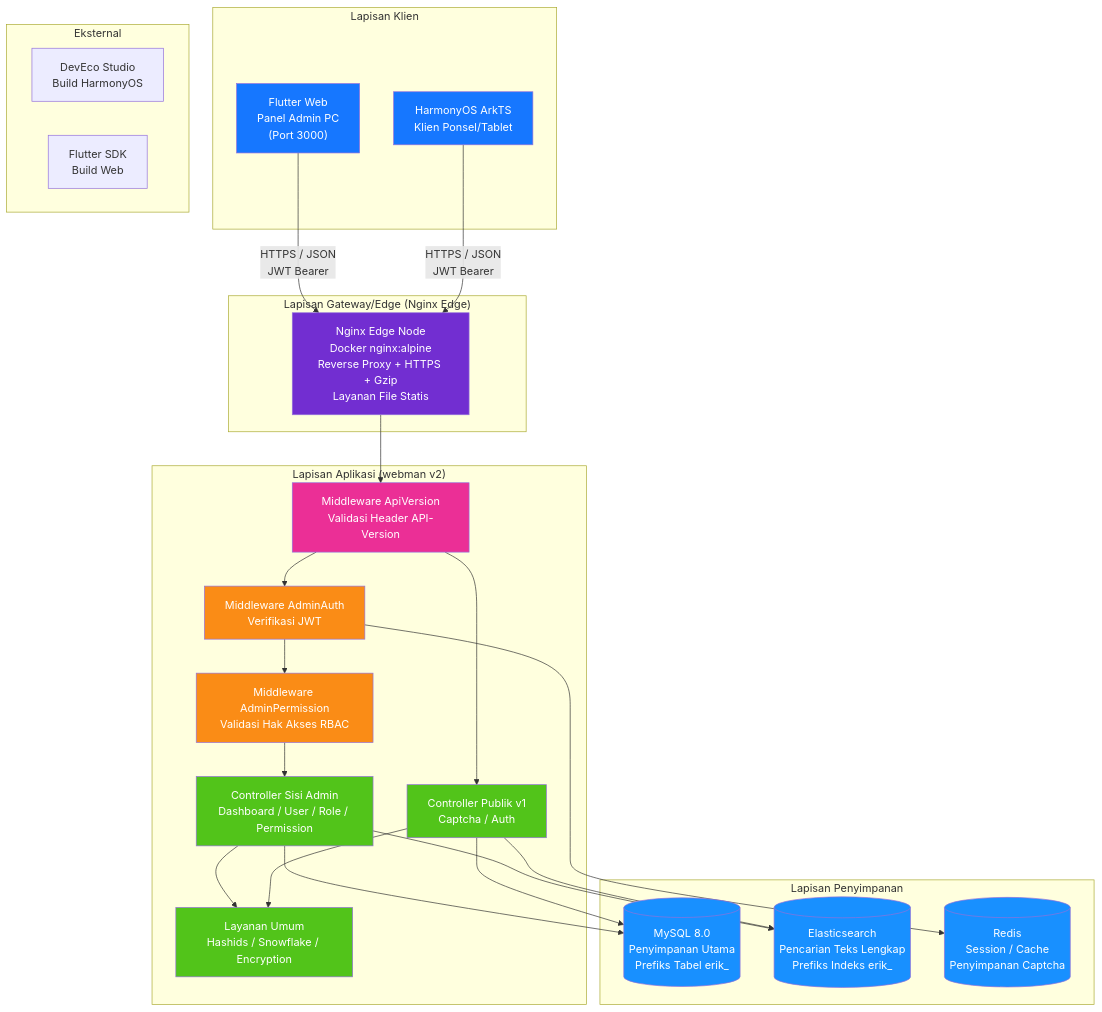
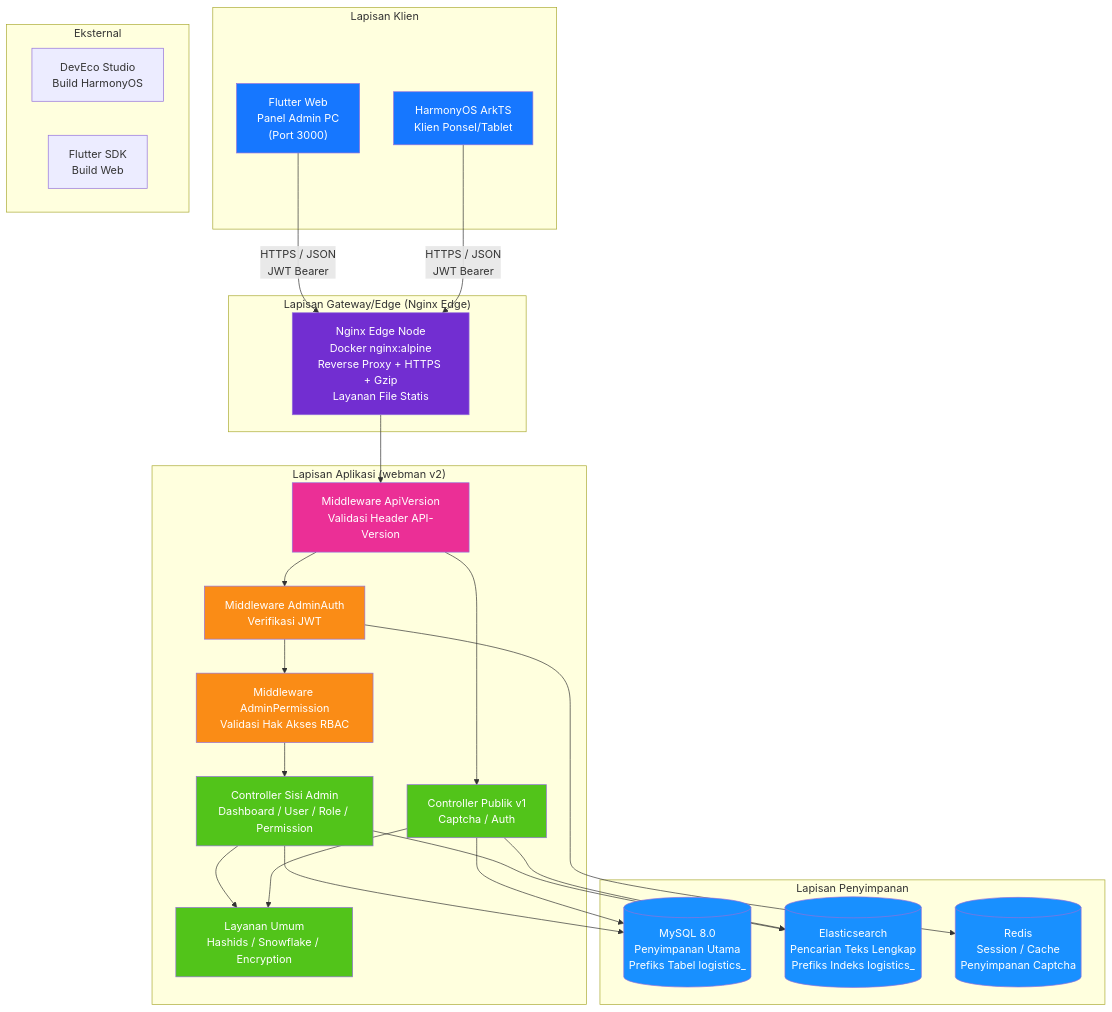
The first of 14 diagrams in admin/docs/ARCHITECTURE.id.md (erikwang2013/integrated-global-logistics), drawn with Mermaid before and after one commit. The commit also changed other lines of this file and 211 other files, not shown here.

````diff
--- a/admin/docs/ARCHITECTURE.id.md
+++ b/admin/docs/ARCHITECTURE.id.md
@@ -13,59 +13,59 @@
 ```mermaid
 flowchart TB
     subgraph "Lapisan Klien"
         A1["Flutter Web<br/>Panel Admin PC<br/>(Port 3000)"]
         A2["HarmonyOS ArkTS<br/>Klien Ponsel/Tablet"]
     end
 
     subgraph "Lapisan Gateway/Edge (Nginx Edge)"
         B1["Nginx Edge Node<br/>Docker nginx:alpine<br/>Reverse Proxy + HTTPS + Gzip<br/>Layanan File Statis"]
     end
 
     subgraph "Lapisan Aplikasi (webman v2)"
         C0["Middleware ApiVersion<br/>Validasi Header API-Version"]
         C1["Middleware AdminAuth<br/>Verifikasi JWT"]
         C2["Middleware AdminPermission<br/>Validasi Hak Akses RBAC"]
         C3["Controller Sisi Admin<br/>Dashboard / User / Role / Permission"]
         C4["Controller Publik v1<br/>Captcha / Auth"]
         C5["Layanan Umum<br/>Hashids / Snowflake / Encryption"]
     end
 
     subgraph "Lapisan Penyimpanan"
-        D1[("MySQL 8.0<br/>Penyimpanan Utama<br/>Prefiks Tabel erik_")]
-        D2[("Elasticsearch<br/>Pencarian Teks Lengkap<br/>Prefiks Indeks erik_")]
+        D1[("MySQL 8.0<br/>Penyimpanan Utama<br/>Prefiks Tabel logistics_")]
+        D2[("Elasticsearch<br/>Pencarian Teks Lengkap<br/>Prefiks Indeks logistics_")]
         D3[("Redis<br/>Session / Cache<br/>Penyimpanan Captcha")]
     end
 
     subgraph "Eksternal"
         E1["DevEco Studio<br/>Build HarmonyOS"]
         E2["Flutter SDK<br/>Build Web"]
     end
 
     A1 -->|"HTTPS / JSON<br/>JWT Bearer"| B1
     A2 -->|"HTTPS / JSON<br/>JWT Bearer"| B1
     B1 --> C0
     C0 --> C1
     C1 --> C2
     C2 --> C3
     C0 --> C4
     C3 --> C5
     C4 --> C5
     C3 --> D1
     C4 --> D1
     C3 --> D2
     C4 --> D2
     C1 --> D3
 
     style A1 fill:#1677FF,color:#fff
     style A2 fill:#1677FF,color:#fff
     style B1 fill:#722ED1,color:#fff
     style C0 fill:#EB2F96,color:#fff
     style C1 fill:#FA8C16,color:#fff
     style C2 fill:#FA8C16,color:#fff
     style C3 fill:#52C41A,color:#fff
     style C4 fill:#52C41A,color:#fff
     style C5 fill:#52C41A,color:#fff
     style D1 fill:#1890FF,color:#fff
     style D2 fill:#1890FF,color:#fff
     style D3 fill:#1890FF,color:#fff
 ```
````
